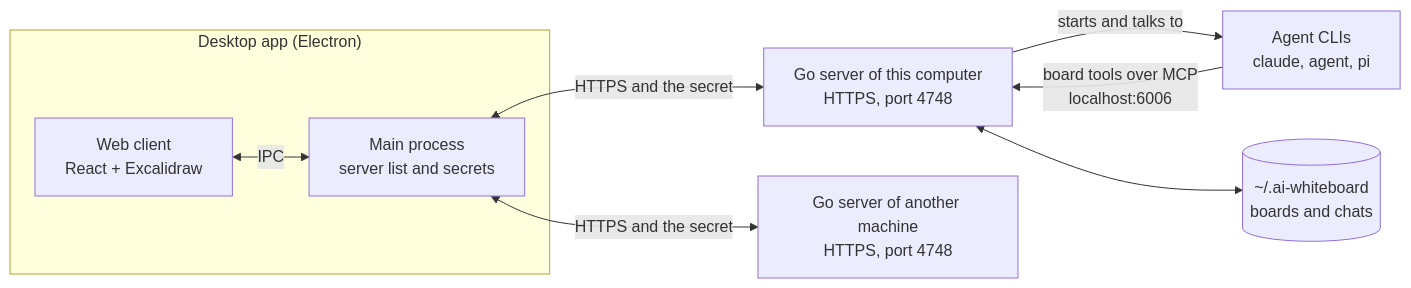
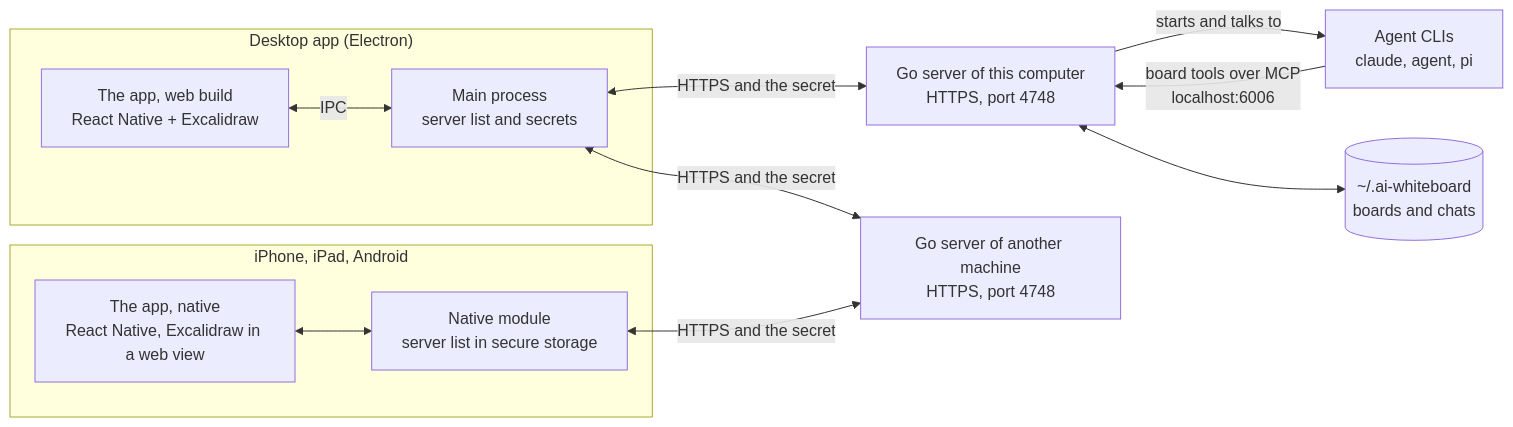
One commit to atfoc/ai-tandem changed the diagram in README.md. Above: the diagram before and after it, drawn with Mermaid. The commit also changed other lines of this file and 1296 other files, not shown here.

First line of the commit message:
React Native rewrite of the client

````diff
--- a/README.md
+++ b/README.md
@@ -166,17 +184,23 @@
 ```mermaid
 flowchart LR
-  subgraph APP["Desktop app (Electron)"]
-    UI["Web client<br/>React + Excalidraw"]
+  subgraph DESK["Desktop app (Electron)"]
+    UI["The app, web build<br/>React Native + Excalidraw"]
     M["Main process<br/>server list and secrets"]
     UI <-->|"IPC"| M
+  end
+  subgraph MOB["iPhone, iPad, Android"]
+    UN["The app, native<br/>React Native, Excalidraw in a web view"]
+    NM["Native module<br/>server list in secure storage"]
+    UN <--> NM
   end
   S["Go server of this computer<br/>HTTPS, port 4748"]
   R["Go server of another machine<br/>HTTPS, port 4748"]
   A["Agent CLIs<br/>claude, agent, pi"]
   D[("~/.ai-whiteboard<br/>boards and chats")]
   M <-->|"HTTPS and the secret"| S
   M <-->|"HTTPS and the secret"| R
+  NM <-->|"HTTPS and the secret"| R
   S -->|"starts and talks to"| A
   A -->|"board tools over MCP<br/>localhost:6006"| S
   S <--> D
 ```
````
